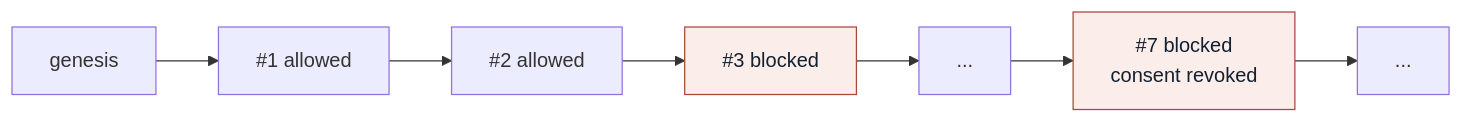
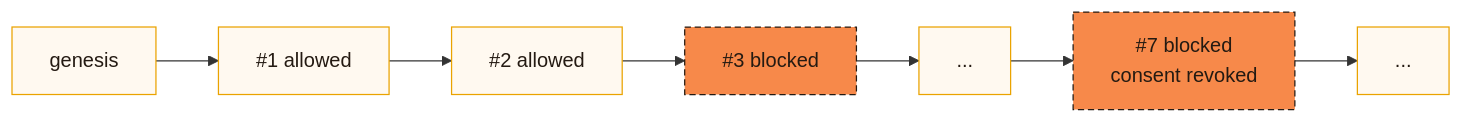
One commit to pswider/autopilot-scout-apac changed the diagram in tools/trust-bridge/README.md. Above: the diagram before and after it, drawn with Mermaid. The commit also changed 10 other files, not shown here.

````diff
--- a/tools/trust-bridge/README.md
+++ b/tools/trust-bridge/README.md
@@ -21,6 +21,7 @@
 ```mermaid
 flowchart LR
     G["genesis"] --> E1["#1 allowed"] --> E2["#2 allowed"] --> E3["#3 blocked"] --> E4["..."] --> E7["#7 blocked<br/>consent revoked"] --> E8["..."]
-    classDef blocked fill:#FBEDEA,stroke:#A5493A,color:#132030
+    classDef default fill:#FFF9F0,stroke:#EAA300,color:#241A12
+    classDef blocked fill:#F7894A,stroke:#241A12,color:#241A12,stroke-dasharray:5 3
     class E3,E7 blocked
 ```
````
